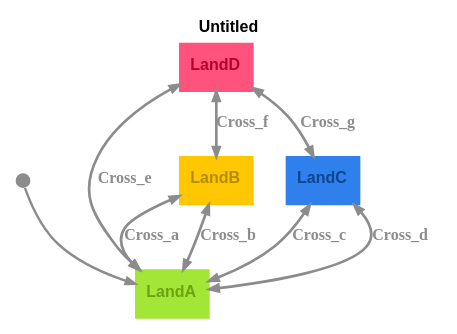
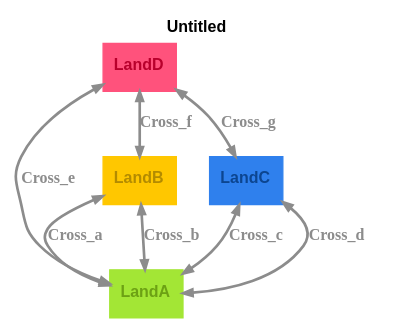
One commit to m-bock/purescript-transit changed the diagram in graphs/bridges-koenigsberg.dot. Above: the diagram before and after it, drawn with Graphviz. The commit also changed 31 other files, not shown here.

Commit message:
Enhance Door with Pin examples by introducing dark and light theme graph files. Update README to include new image formats and improve visual representation. Refactor tests to utilize entry points for state transitions, ensuring clarity in documentation and examples.

```diff
--- a/graphs/bridges-koenigsberg.dot
+++ b/graphs/bridges-koenigsberg.dot
@@ -1,17 +1,15 @@
 digraph 
 {
 rankdir = "TD";fontname = "Arial";label = <<b>Untitled</b>>;labelloc = "t";fontsize = 12;bgcolor = "#ffffff";color = "#000000";fontcolor = "#000000"
 LandA [shape = "box", label = <<b>LandA</b>>, fontsize = 12, style = "filled", fillcolor = "#a3e635", fontcolor = "#6ca114", color = "#a3e635", fontname = "Arial", labelloc = "c", penwidth = 1.0]
-__Start__ [shape = "circle", label = "", width = 0.15, height = 0.15, fixedsize = true, style = "filled", fillcolor = "#8c8c8c", penwidth = 0.0]
-__Start__ -> LandA [color = "#8c8c8c", fontsize = 12, arrowsize = "0.7", penwidth = 1.8]
 LandB [shape = "box", label = <<b>LandB</b>>, fontsize = 12, style = "filled", fillcolor = "#ffc700", fontcolor = "#b38b00", color = "#ffc700", fontname = "Arial", labelloc = "c", penwidth = 1.0]
 LandB -> LandA [color = "#8c8c8c", fontcolor = "#8c8c8c", fontsize = 12, label = <<b>Cross_a</b>>, arrowsize = "1.5", penwidth = 2.0, dir = "both", arrowsize = "0.7"]
 LandB -> LandA [color = "#8c8c8c", fontcolor = "#8c8c8c", fontsize = 12, label = <<b>Cross_b</b>>, arrowsize = "1.5", penwidth = 2.0, dir = "both", arrowsize = "0.7"]
 LandC [shape = "box", label = <<b>LandC</b>>, fontsize = 12, style = "filled", fillcolor = "#2f80ed", fontcolor = "#0c4590", color = "#2f80ed", fontname = "Arial", labelloc = "c", penwidth = 1.0]
 LandC -> LandA [color = "#8c8c8c", fontcolor = "#8c8c8c", fontsize = 12, label = <<b>Cross_c</b>>, arrowsize = "1.5", penwidth = 2.0, dir = "both", arrowsize = "0.7"]
 LandC -> LandA [color = "#8c8c8c", fontcolor = "#8c8c8c", fontsize = 12, label = <<b>Cross_d</b>>, arrowsize = "1.5", penwidth = 2.0, dir = "both", arrowsize = "0.7"]
 LandD [shape = "box", label = <<b>LandD</b>>, fontsize = 12, style = "filled", fillcolor = "#ff527c", fontcolor = "#b8002c", color = "#ff527c", fontname = "Arial", labelloc = "c", penwidth = 1.0]
 LandD -> LandA [color = "#8c8c8c", fontcolor = "#8c8c8c", fontsize = 12, label = <<b>Cross_e</b>>, arrowsize = "1.5", penwidth = 2.0, dir = "both", arrowsize = "0.7"]
 LandD -> LandB [color = "#8c8c8c", fontcolor = "#8c8c8c", fontsize = 12, label = <<b>Cross_f</b>>, arrowsize = "1.5", penwidth = 2.0, dir = "both", arrowsize = "0.7"]
 LandD -> LandC [color = "#8c8c8c", fontcolor = "#8c8c8c", fontsize = 12, label = <<b>Cross_g</b>>, arrowsize = "1.5", penwidth = 2.0, dir = "both", arrowsize = "0.7"]
 }
```
